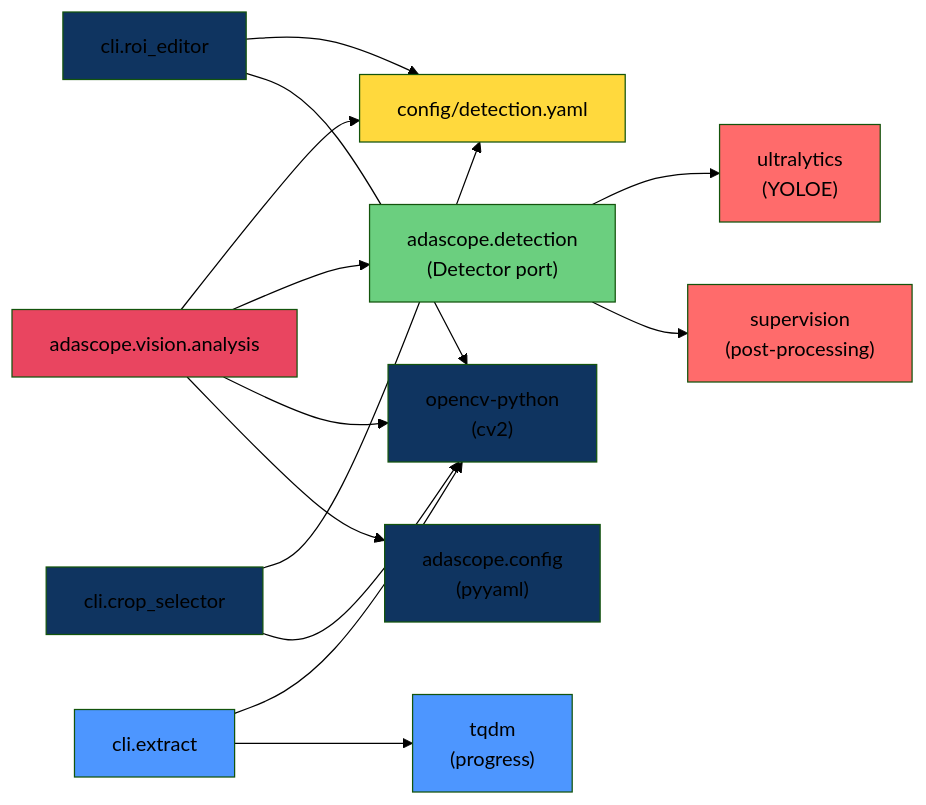
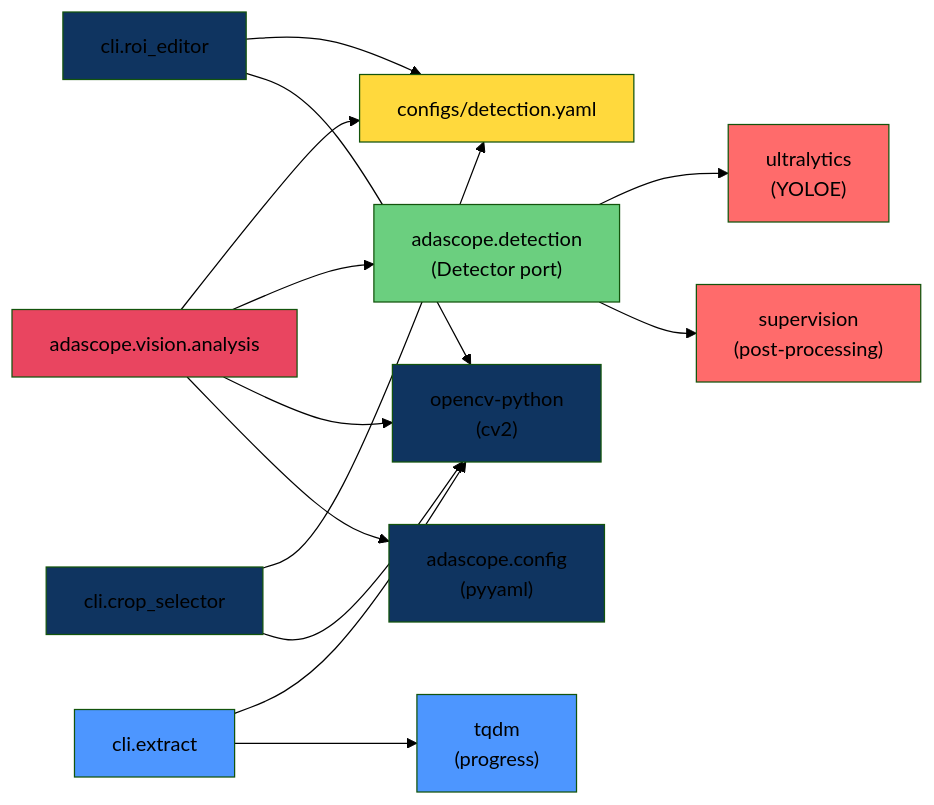
Before and after one commit to CagriCatik/YOLOE-Real-Time-Seeing-Anything: the fifth of 5 diagrams in docs/04_ARCHITECTURE.md, drawn with Mermaid (forest theme). The commit also changed other lines of this file and 98 other files, not shown here.

````diff
--- a/docs/04_ARCHITECTURE.md
+++ b/docs/04_ARCHITECTURE.md
@@ -561,30 +561,30 @@
 ```mermaid
 graph LR
-    A["adascope.vision.analysis"] --> B["config/detection.yaml"]
+    A["adascope.vision.analysis"] --> B["configs/detection.yaml"]
     A --> C["adascope.detection\n(Detector port)"]
     C --> D["ultralytics\n(YOLOE)"]
     C --> E["supervision\n(post-processing)"]
     A --> F["opencv-python\n(cv2)"]
     A --> G["adascope.config\n(pyyaml)"]
     
     H["cli.roi_editor"] --> B
     H --> F
     
     I["cli.crop_selector"] --> B
     I --> F
     
     J["cli.extract"] --> F
     J --> K["tqdm\n(progress)"]
     
     style A fill:#e94560
     style B fill:#ffd93d
     style C fill:#6bcf7f
     style D fill:#ff6b6b
     style E fill:#ff6b6b
     style F fill:#0f3460
     style G fill:#0f3460
     style H fill:#0f3460
     style I fill:#0f3460
     style J fill:#4d96ff
     style K fill:#4d96ff
 ```
````
